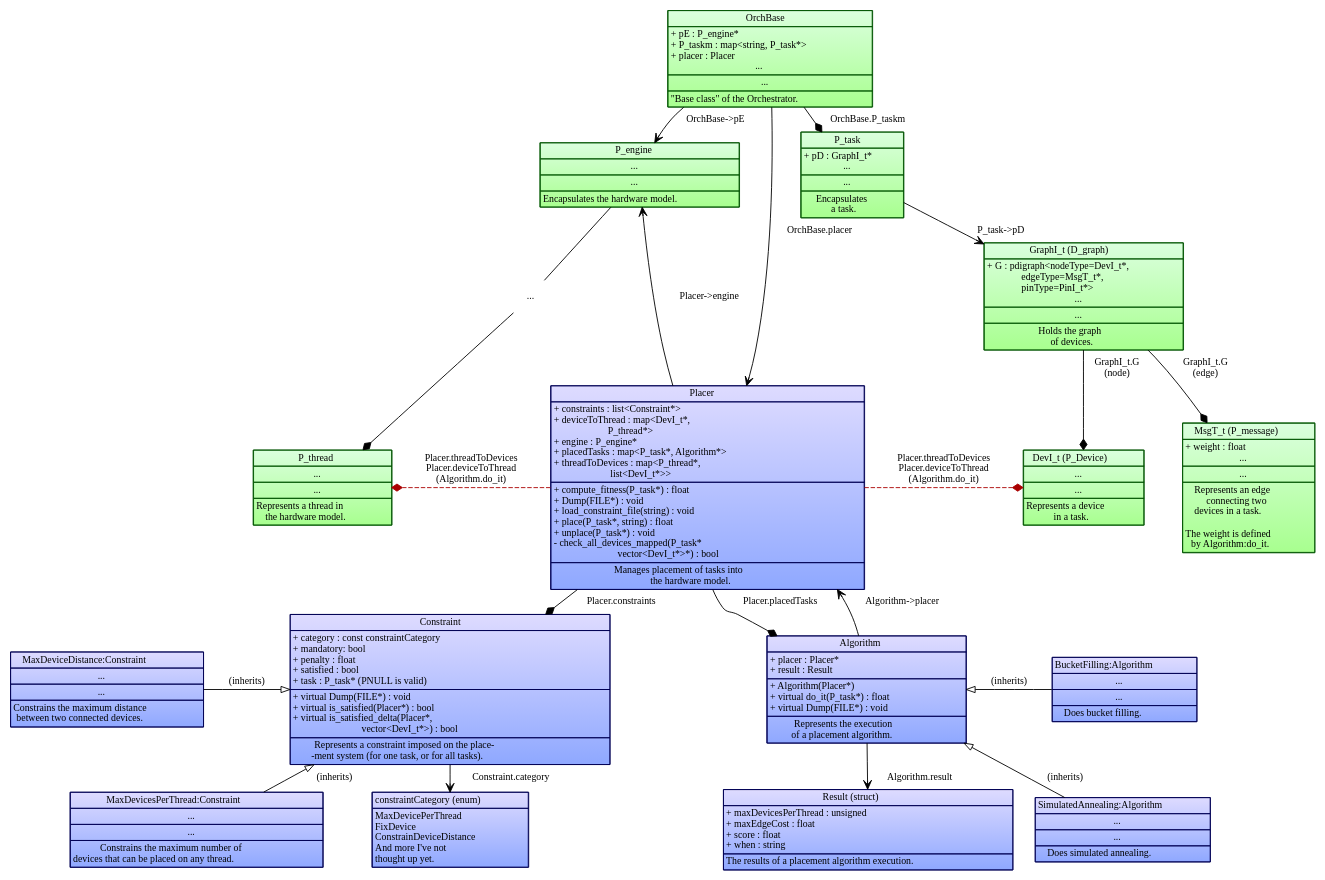
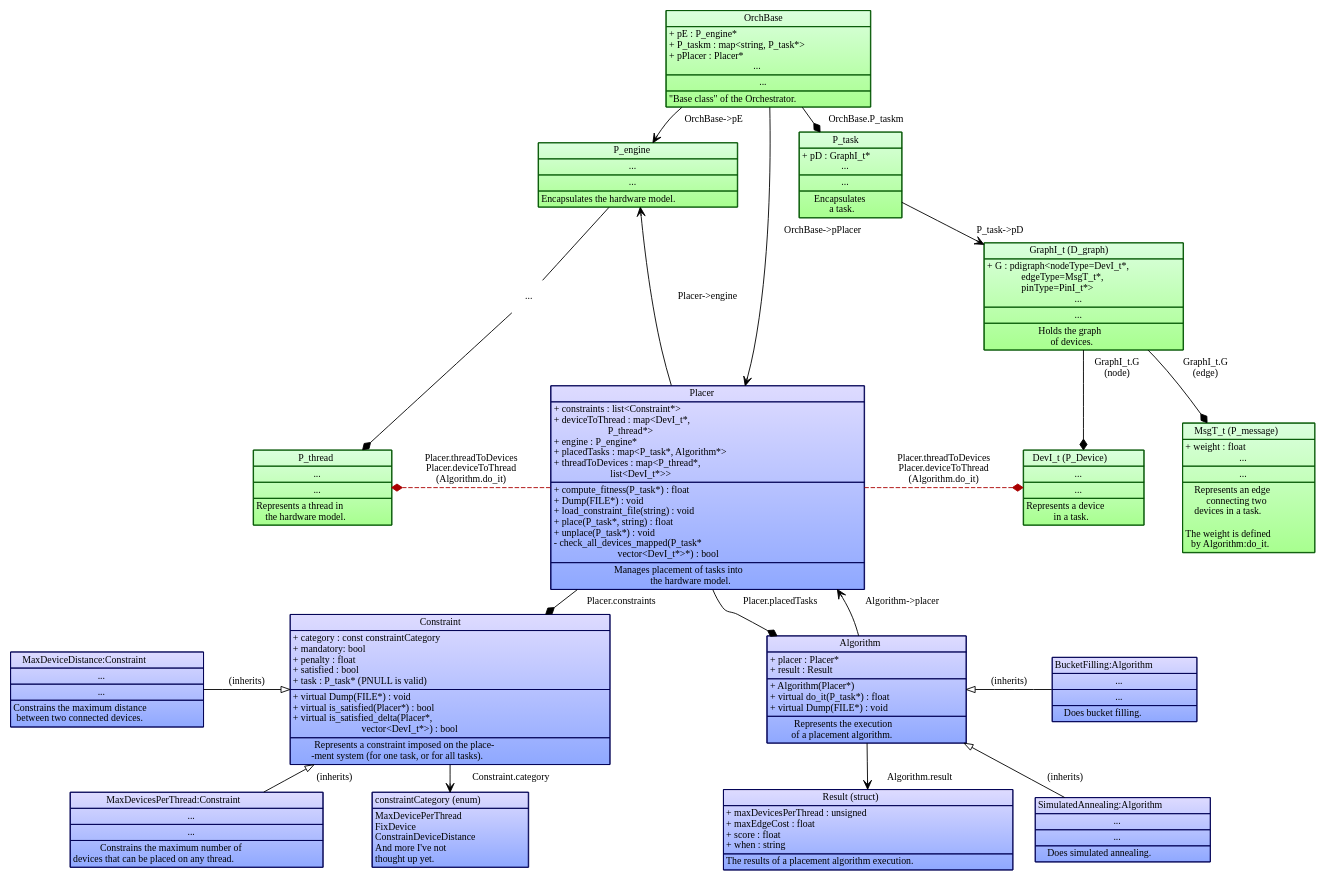
Before and after one commit to POETSII/orchestrator-documentation: the diagram in images/source/placement_design_data_structure.dot, drawn with Graphviz.

Commit message:
Placer is on the heap (oh no).

```diff
--- a/images/source/placement_design_data_structure.dot
+++ b/images/source/placement_design_data_structure.dot
@@ -22,7 +22,7 @@
 <TR><TD ALIGN="LEFT">
 + pE : P_engine*<BR ALIGN="LEFT"/>
 + P_taskm : map&lt;string, P_task*&gt;<BR ALIGN="LEFT"/>
-+ placer : Placer<BR ALIGN="LEFT"/>
++ pPlacer : Placer*<BR ALIGN="LEFT"/>
  ...<BR ALIGN="TEXT"/>
 </TD></TR>
 <TR><TD ALIGN="TEXT">
@@ -263,7 +263,7 @@
 
     /* Containment. */
     {edge[arrowhead="vee"];
-        OrchBase -> Placer[label=" OrchBase.placer"];
+        OrchBase -> Placer[label=" OrchBase->pPlacer"];
         Constraint -> constraintCategory[label=" Constraint.category"];
         Algorithm -> Result[label=" Algorithm.result"];
         OrchBase -> P_engine[label=" OrchBase->pE"];
```
